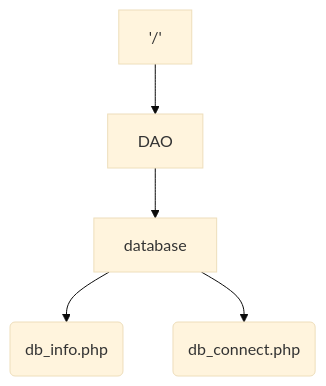
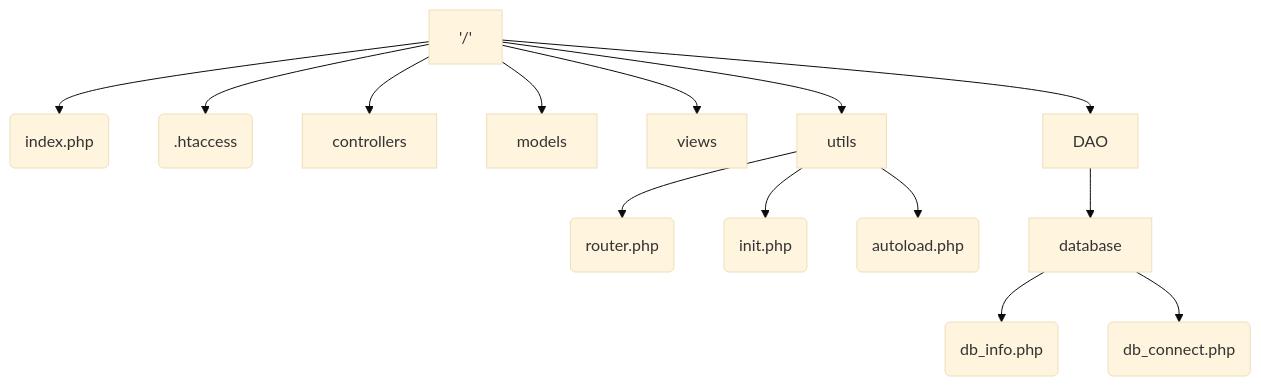
The diagram in README.md (MogwaiRGod/Societe_ferroviaire), drawn with Mermaid (base theme) before and after one commit. The commit also changed other lines of this file, not shown here.

````diff
--- a/README.md
+++ b/README.md
@@ -39,9 +3,20 @@
 ```mermaid
 graph TD;
-    0['/'];
-    0-->E[DAO];
- 
-    E-->F[database];
-      F-->G(db_info.php);
-      F-->H(db_connect.php);
+  0['/'];
+    0-->A(index.php);
+    0-->B(.htaccess);
+    
+    0-->C[controllers];
+    0-->D[models];
+    0-->E[views];
+    0-->F[utils];
+    0-->G[DAO];
+
+    F-->H(router.php);
+    F-->I(init.php);
+    F-->J(autoload.php);
+  
+    G-->K[database];
+      K-->L(db_info.php);
+      K-->M(db_connect.php);
 ```
````
